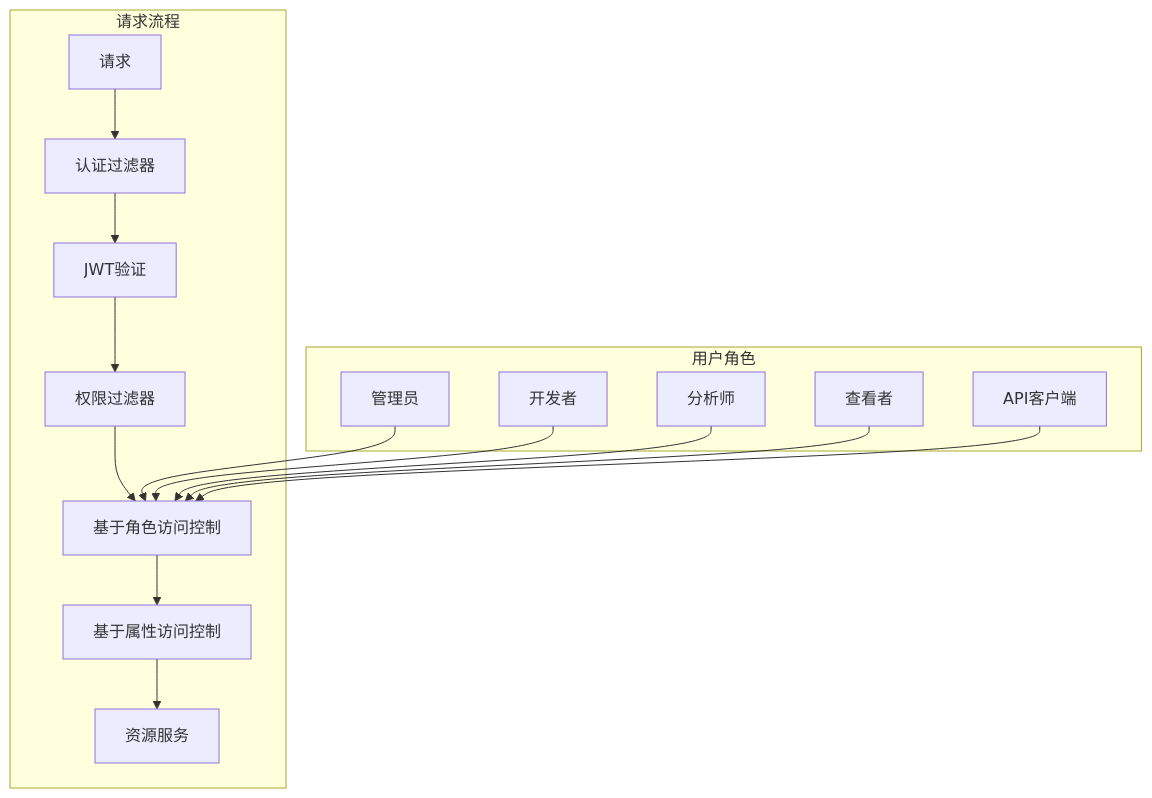
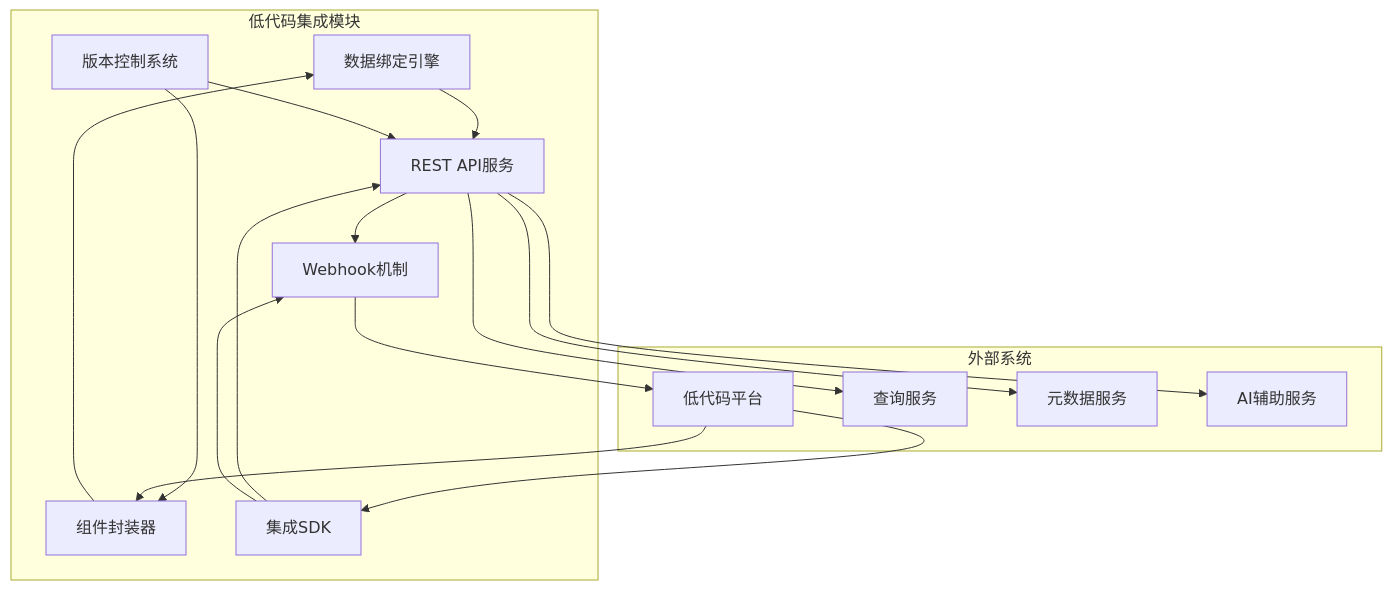
Before and after one commit to im47cn/data-scope: the first of 2 diagrams in docs/lowcode-integration/overview.md, drawn with Mermaid. The commit also changed other lines of this file and 29 other files, not shown here.

````diff
--- a/docs/lowcode-integration/overview.md
+++ b/docs/lowcode-integration/overview.md
@@ -203,25 +78,33 @@
 ```mermaid
 graph TB
-    subgraph "请求流程"
-        R[请求] --> AF[认证过滤器]
-        AF --> JF[JWT验证]
-        JF --> PF[权限过滤器]
-        PF --> RBAC[基于角色访问控制]
-        RBAC --> ABAC[基于属性访问控制]
-        ABAC --> RS[资源服务]
+    subgraph 低代码集成模块
+        BindingEngine[数据绑定引擎]
+        ComponentWrapper[组件封装器]
+        APIService[REST API服务]
+        WebhookService[Webhook机制]
+        VersionControl[版本控制系统]
+        IntegrationSDK[集成SDK]
+        
+        ComponentWrapper --> BindingEngine
+        BindingEngine --> APIService
+        APIService --> WebhookService
+        VersionControl --> APIService
+        VersionControl --> ComponentWrapper
+        IntegrationSDK --> APIService
+        IntegrationSDK --> WebhookService
     end
     
-    subgraph "用户角色"
-        Admin[管理员]
-        Dev[开发者]
-        Analyst[分析师]
-        Viewer[查看者]
-        API[API客户端]
+    subgraph 外部系统
+        LowCode[低代码平台]
+        QueryService[查询服务]
+        MetadataService[元数据服务]
+        AIAssistant[AI辅助服务]
     end
     
-    Admin --> RBAC
-    Dev --> RBAC
-    Analyst --> RBAC
-    Viewer --> RBAC
-    API --> RBAC
+    LowCode --> ComponentWrapper
+    LowCode --> IntegrationSDK
+    APIService --> QueryService
+    APIService --> MetadataService
+    APIService --> AIAssistant
+    WebhookService --> LowCode
 ```
````
